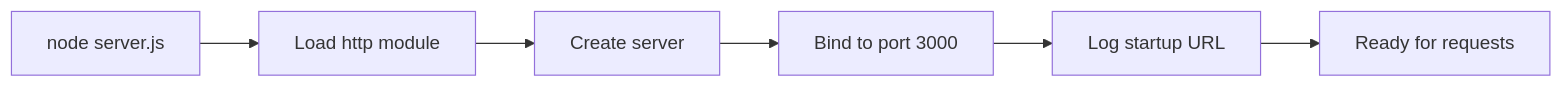
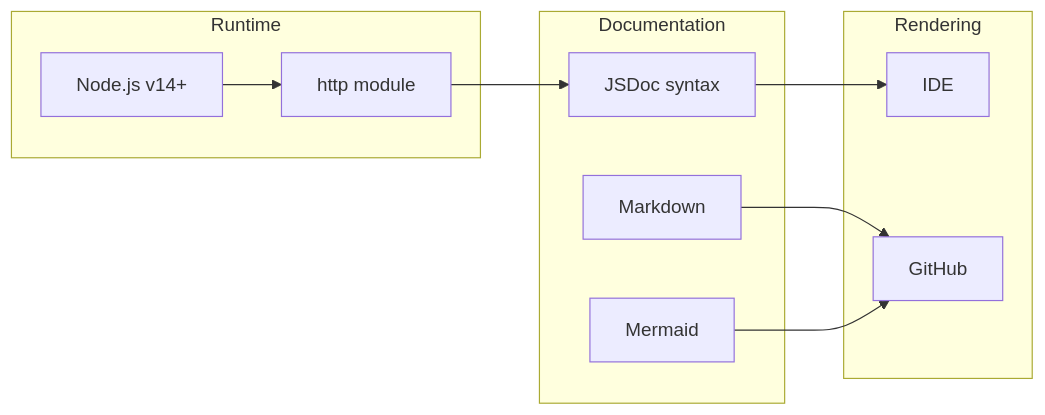
One commit to Sandeep01Kumar/29-dec-existing-projects-qa-test-3 changed the fifth of 7 diagrams in blitzy/documentation/Technical Specifications.md. Above: the diagram before and after it, drawn with Mermaid. The commit also changed other lines of this file, not shown here.

````diff
--- a/blitzy/documentation/Technical Specifications.md
+++ b/blitzy/documentation/Technical Specifications.md
@@ -528,8 +1043,24 @@
 ```mermaid
-flowchart LR
-    A[node server.js] --> B[Load http module]
-    B --> C[Create server]
-    C --> D[Bind to port 3000]
-    D --> E[Log startup URL]
-    E --> F[Ready for requests]
+graph LR
+    subgraph Runtime
+        A[Node.js v14+]
+        B[http module]
+    end
+    
+    subgraph Documentation
+        C[JSDoc syntax]
+        D[Markdown]
+        E[Mermaid]
+    end
+    
+    subgraph Rendering
+        F[IDE]
+        G[GitHub]
+    end
+    
+    A --> B
+    B --> C
+    C --> F
+    D --> G
+    E --> G
 ```
````
